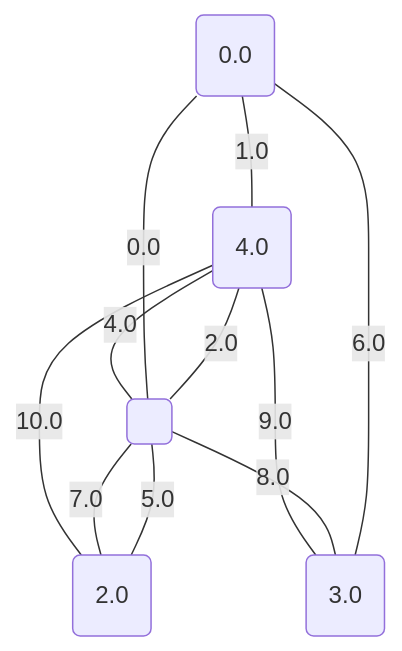
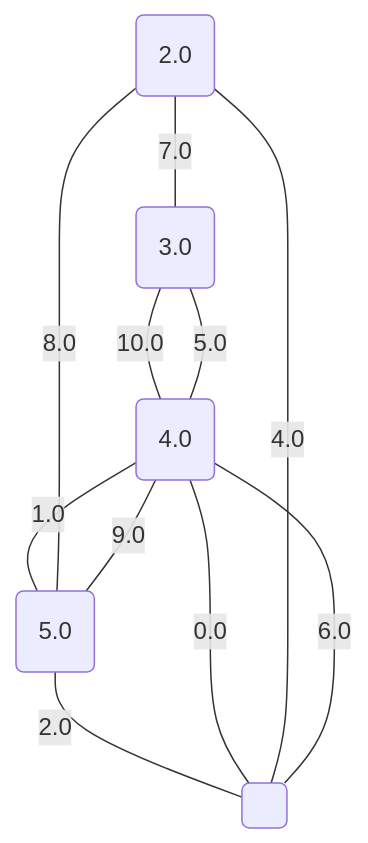
One commit to metury/graphs changed diagram 11 of 17 in project/src/testing/showcase/minCutPetersen.md. Above: the diagram before and after it, drawn with Mermaid. The commit also changed other lines of this file and 34 other files, not shown here.

````diff
--- a/project/src/testing/showcase/minCutPetersen.md
+++ b/project/src/testing/showcase/minCutPetersen.md
@@ -291,18 +291,18 @@
 ```mermaid
 graph TD;
-	0("0.0");
-	1("2.0");
-	2("3.0");
-	3("4.0");
+	0("2.0");
+	1("3.0");
+	2("4.0");
+	3("5.0");
 	4(" ");
-	4 -- "0.0" --- 0;
-	0 -- "1.0" --- 3;
+	4 -- "0.0" --- 2;
+	2 -- "1.0" --- 3;
 	3 -- "2.0" --- 4;
-	4 -- "4.0" --- 3;
-	4 -- "5.0" --- 1;
-	0 -- "6.0" --- 2;
-	4 -- "7.0" --- 1;
-	4 -- "8.0" --- 2;
-	3 -- "9.0" --- 2;
-	1 -- "10.0" --- 3;
+	4 -- "4.0" --- 0;
+	2 -- "5.0" --- 1;
+	4 -- "6.0" --- 2;
+	0 -- "7.0" --- 1;
+	0 -- "8.0" --- 3;
+	2 -- "9.0" --- 3;
+	1 -- "10.0" --- 2;
 ```
````
